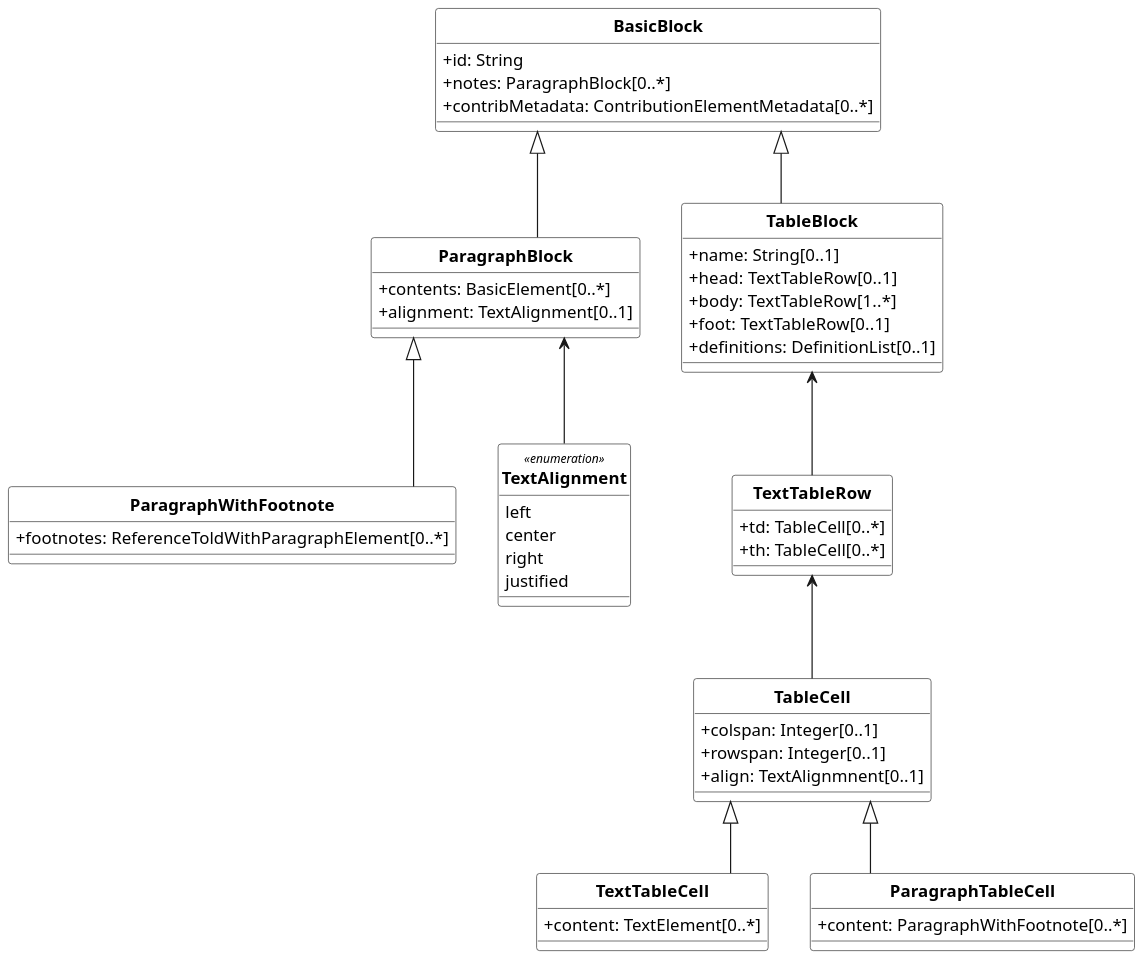
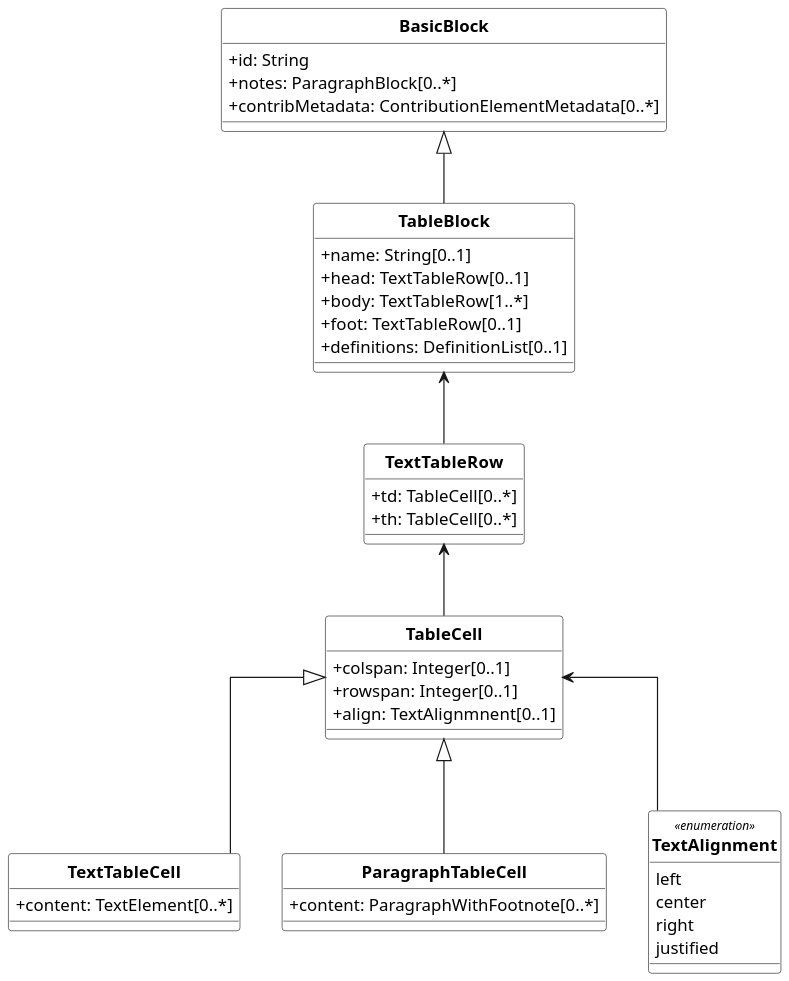
The diagram in basicdoc_uml/Tables.wsd (CalConnect/csd-standard-doc), drawn with PlantUML before and after one commit. The commit also changed 9 other files, not shown here.

```diff
--- a/basicdoc_uml/Tables.wsd
+++ b/basicdoc_uml/Tables.wsd
@@ -1,119 +1,108 @@
 @startuml Tables
 /'
 Diagram:        Blocks
 DateCreate:     28/07/2018
 Description:    BasicDocument / SecureDoc is a family of document models that forms the basis of Metanorma IsoDoc (via Metanorma StandardDocument), which is used to represent ISO Standards and similarly structured standards.
                 It is also the document model that Selagraph operates on.
                 The Relaton Bibliography UML models used in these models are located here: Relaton BibModels.
                 BasicDocument itself is a document model that can serve as a transit data structure for document conversion, such as taking input from AsciiDoc or Markdown and converting them into an output format, such as Metanorma IsoDoc
 
 Hystory of changes:
 > 22/08/2018
     - diagram configuration updated
     - update of the classes "FigureBlock", "SourcecodeBlock", "FormulaBlock", "TableBlock"
     - new classes are added "Subfigure", "ParagraphsBlock", "List", "ListItem", "UnorderedList", "OrderedList", "DefinitionList", "Definition"
     - new notes are added for "Subfigure"
     - new enumeration are added "OrderedListType"
     - relations between some of the elements in the diagram has been updated
 '/
 
 '******* CONFIGURATION ************************************************
 skinparam classAttributeIconSize 0
 skinparam Dpi 150
 skinparam Monochrome true
 skinparam LineType ortho
 hide circle
 /' skinparam CircledCharacterRadius 0 '/
 /' skinparam CircledCharacterFontSize 0 '/
 skinparam Default {
 TextAlignment center
 FontName Helvetica
 }
 skinparam Class {
 AttributeIconSize 0
 BackgroundColor White
 FontStyle bold
 StereotypeFontSize 10
 }
 skinparam Rectangle {
 BackgroundColor White
 FontStyle bold
 FontSize 11
 StereotypeFontSize 10
 }
 skinparam Object {
 BackgroundColor White
 FontStyle bold
 FontSize 11
 StereotypeFontSize 10
 }
 
 skinparam Entity {
 StereotypeFontSize 10
 }
 
 '******* CLASS DEFINITION *********************************************
 class BasicBlock {
     +id: String
     +notes: ParagraphBlock[0..*]
     +contribMetadata: ContributionElementMetadata[0..*]
 }
 
-class ParagraphBlock{
-    +contents: BasicElement[0..*]
-    +alignment: TextAlignment[0..1]
-}
-
-class ParagraphWithFootnote{
-    +footnotes: ReferenceToldWithParagraphElement[0..*]
-}
-
 class TableBlock{
     +name: String[0..1]
     +head: TextTableRow[0..1]
     +body: TextTableRow[1..*]
     +foot: TextTableRow[0..1]
     +definitions: DefinitionList[0..1]
 }
 
 class TextTableRow{
     +td: TableCell[0..*]
     +th: TableCell[0..*]
 }
 
 class TableCell{
     +colspan: Integer[0..1]
     +rowspan: Integer[0..1]
     +align: TextAlignmnent[0..1]
 }
 
 class TextTableCell{
     +content: TextElement[0..*]
 }
 
 class ParagraphTableCell{
     +content: ParagraphWithFootnote[0..*]
 }
 
 enum TextAlignment <<enumeration>>{
     left
     center
     right
     justified
 }
 
 
 
 '******* CLASS RELATIONS *********************************************
-BasicBlock <|-- ParagraphBlock
 BasicBlock <|-- TableBlock
 
-ParagraphBlock <|-- ParagraphWithFootnote
-ParagraphBlock <-- TextAlignment
+TableCell <-- TextAlignment
 
 TableBlock <-- TextTableRow
 TextTableRow <-- TableCell
 TableCell <|-- TextTableCell
 TableCell <|-- ParagraphTableCell
 
 @enduml
```
